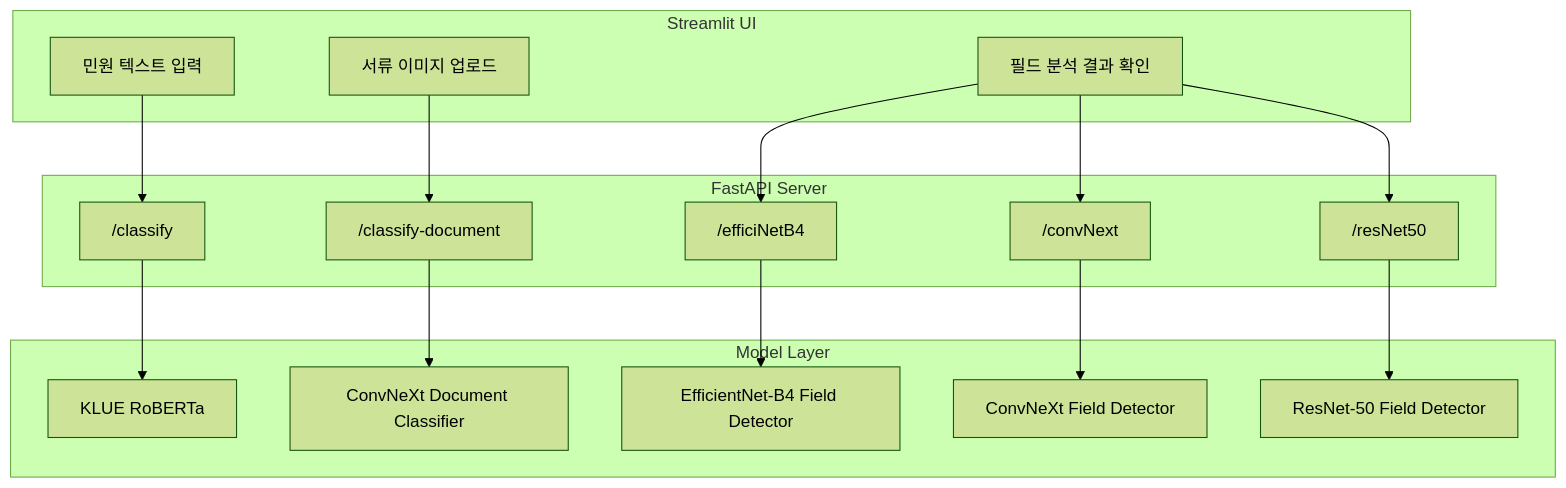
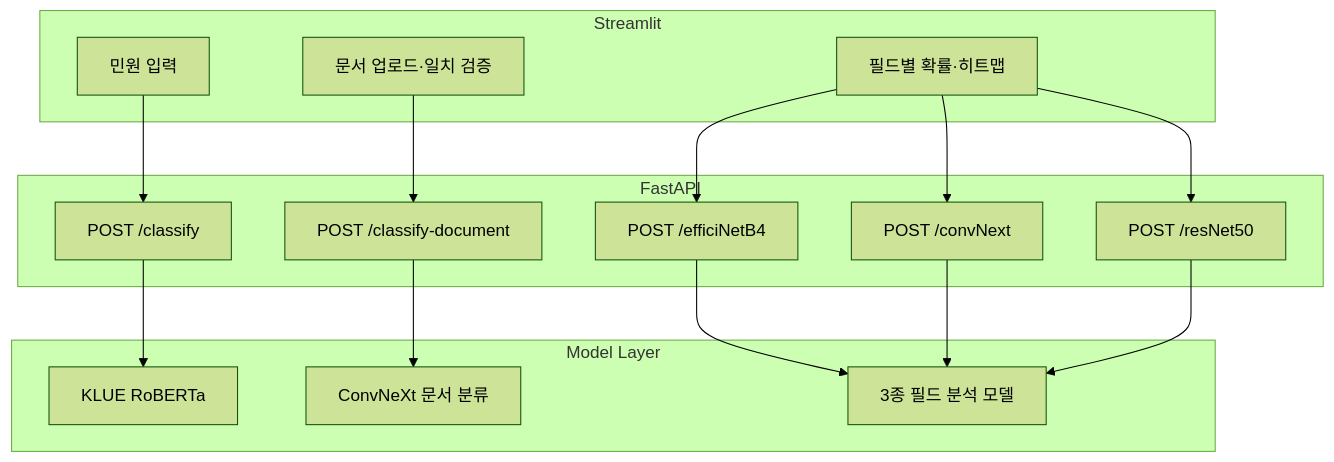
One commit to fdt15ss/TEAM-PJ-DEEP changed the second of 2 diagrams in PORTFOLIO.md. Above: the diagram before and after it, drawn with Mermaid (forest theme). The commit also changed other lines of this file and 1 other file, not shown here.

````diff
--- a/PORTFOLIO.md
+++ b/PORTFOLIO.md
@@ -127,30 +152,28 @@
 ```mermaid
 flowchart TB
-    subgraph Client["Streamlit UI"]
-        U1["민원 텍스트 입력"]
-        U2["서류 이미지 업로드"]
-        U3["필드 분석 결과 확인"]
+    subgraph UI["Streamlit"]
+        U1["민원 입력"]
+        U2["문서 업로드·일치 검증"]
+        U3["필드별 확률·히트맵"]
     end
 
-    subgraph API["FastAPI Server"]
-        A1["/classify"]
-        A2["/classify-document"]
-        A3["/efficiNetB4"]
-        A4["/convNext"]
-        A5["/resNet50"]
+    subgraph API["FastAPI"]
+        A1["POST /classify"]
+        A2["POST /classify-document"]
+        A3["POST /efficiNetB4"]
+        A4["POST /convNext"]
+        A5["POST /resNet50"]
     end
 
-    subgraph Models["Model Layer"]
+    subgraph Model["Model Layer"]
         M1["KLUE RoBERTa"]
-        M2["ConvNeXt Document Classifier"]
-        M3["EfficientNet-B4 Field Detector"]
-        M4["ConvNeXt Field Detector"]
-        M5["ResNet-50 Field Detector"]
+        M2["ConvNeXt 문서 분류"]
+        M3["3종 필드 분석 모델"]
     end
 
     U1 --> A1 --> M1
     U2 --> A2 --> M2
     U3 --> A3 --> M3
-    U3 --> A4 --> M4
-    U3 --> A5 --> M5
+    U3 --> A4 --> M3
+    U3 --> A5 --> M3
 ```
````
